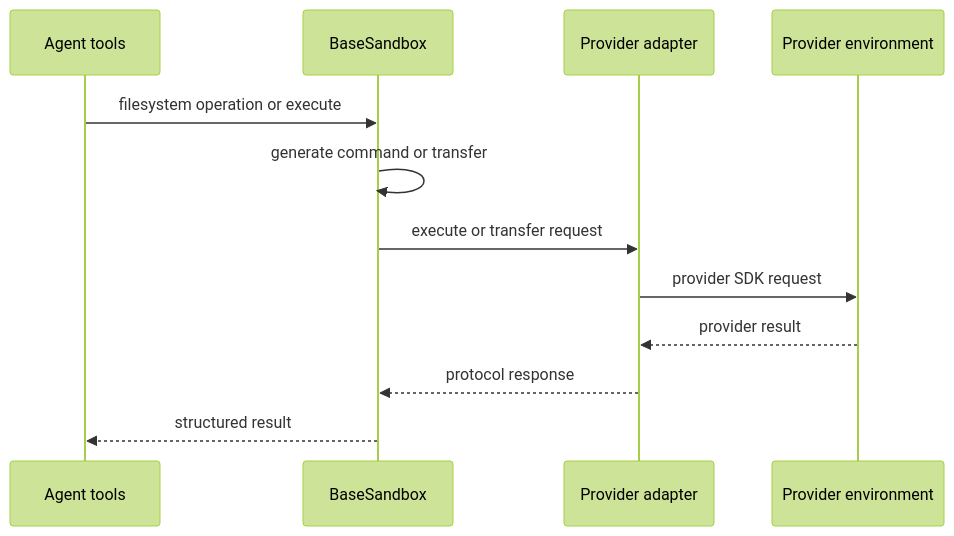
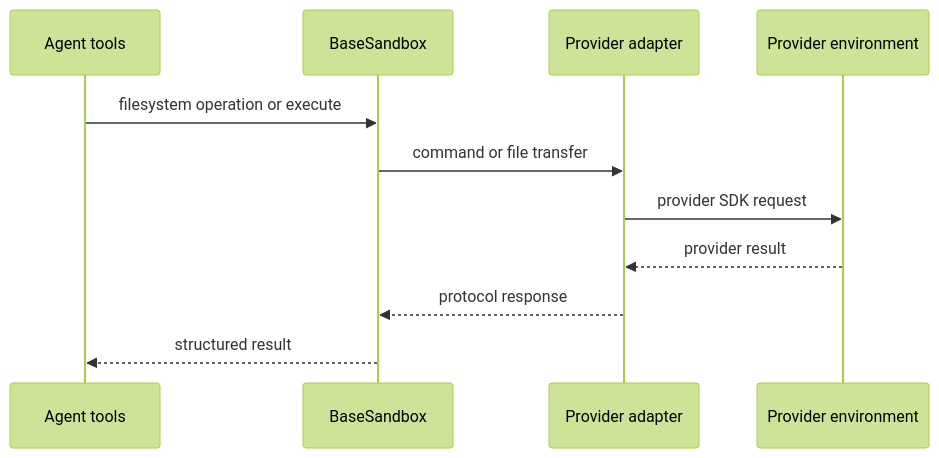
Before and after one commit to langchain-ai/deepagents: the first of 2 diagrams in openwiki/integrations/sandbox-partners.md, drawn with Mermaid (forest theme). The commit also changed other lines of this file and 35 other files, not shown here.

````diff
--- a/openwiki/integrations/sandbox-partners.md
+++ b/openwiki/integrations/sandbox-partners.md
@@ -65,15 +67,14 @@
 ```mermaid
 sequenceDiagram
     participant Agent as Agent tools
     participant Base as BaseSandbox
     participant Adapter as Provider adapter
     participant Environment as Provider environment
 
     Agent->>Base: filesystem operation or execute
-    Base->>Base: generate command or transfer
-    Base->>Adapter: execute or transfer request
+    Base->>Adapter: command or file transfer
     Adapter->>Environment: provider SDK request
     Environment-->>Adapter: provider result
     Adapter-->>Base: protocol response
     Base-->>Agent: structured result
 ```
````
